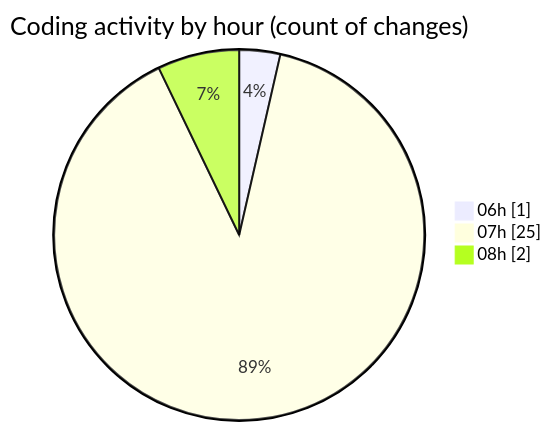
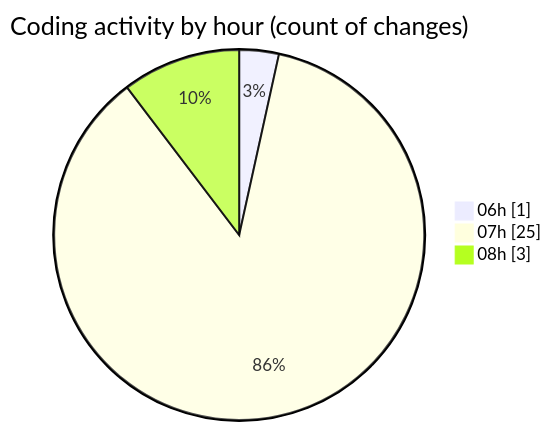
The second of 2 diagrams in 2025-04-10/zeytoon/README.md (vahidmafi/code-tracking), drawn with Mermaid before and after one commit. The commit also changed other lines of this file and 1 other file, not shown here.

````diff
--- a/2025-04-10/zeytoon/README.md
+++ b/2025-04-10/zeytoon/README.md
@@ -38,7 +39,7 @@
 ```mermaid
 pie showData
 title Coding activity by hour (count of changes)
 "06h" : 1
 "07h" : 25
-"08h" : 2
+"08h" : 3
 ```
````
